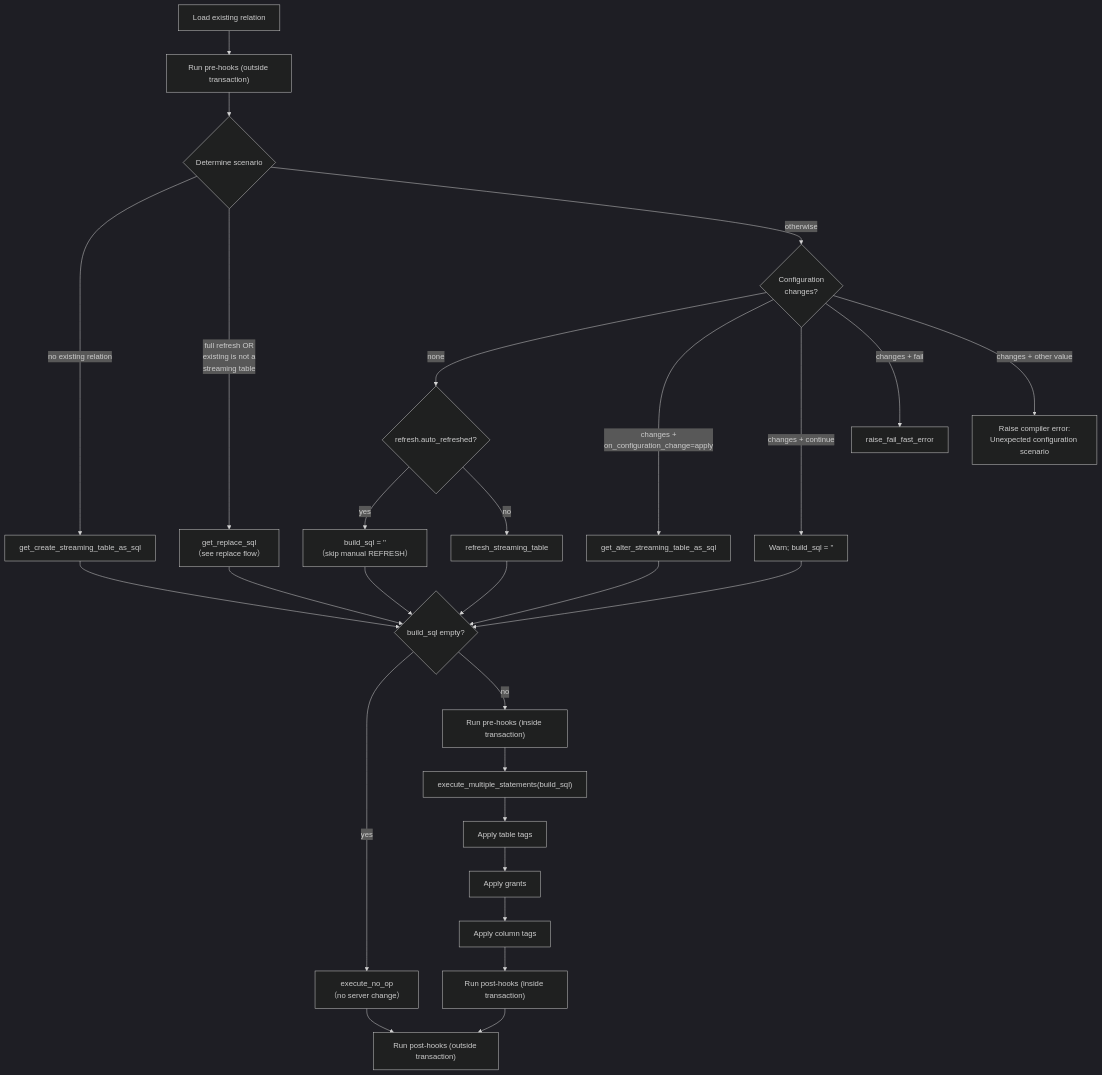
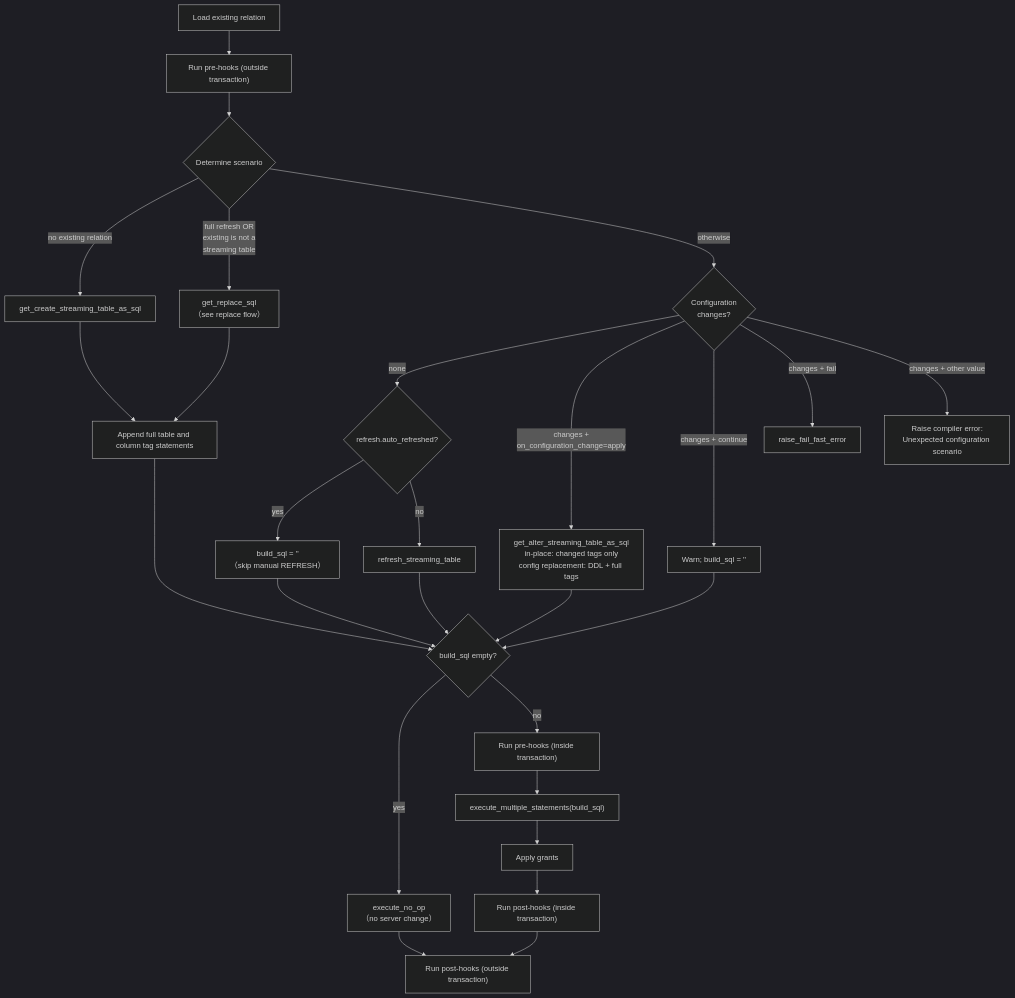
One commit to databricks/dbt-databricks changed the diagram in docs/flow/streaming_table_flow.md. Above: the diagram before and after it, drawn with Mermaid (dark theme). The commit also changed other lines of this file and 19 other files, not shown here.

First line of the commit message:
fix: reconcile tags for materialized views and streaming tables (#1686)

````diff
--- a/docs/flow/streaming_table_flow.md
+++ b/docs/flow/streaming_table_flow.md
@@ -13,35 +13,34 @@
 ```mermaid
 flowchart TD
     START[Load existing relation] --> PRE["Run pre-hooks (outside transaction)"]
     PRE --> DECIDE{Determine scenario}
 
     DECIDE -- "no existing relation" --> CREATE[get_create_streaming_table_as_sql]
     DECIDE -- "full refresh OR\nexisting is not a\nstreaming table" --> REPLACE[get_replace_sql\n（see replace flow）]
     DECIDE -- "otherwise" --> CFG{Configuration\nchanges?}
 
     CFG -- "none" --> AUTO{refresh.auto_refreshed?}
     AUTO -- yes --> NOOPSQL[build_sql = ''\n（skip manual REFRESH）]
     AUTO -- no --> REFRESH[refresh_streaming_table]
 
-    CFG -- "changes +\non_configuration_change=apply" --> ALTER[get_alter_streaming_table_as_sql]
+    CFG -- "changes +\non_configuration_change=apply" --> ALTER["get_alter_streaming_table_as_sql<br/>in-place: changed tags only<br/>config replacement: DDL + full tags"]
     CFG -- "changes + continue" --> WARN[Warn; build_sql = '']
     CFG -- "changes + fail" --> FAIL[raise_fail_fast_error]
     CFG -- "changes + other value" --> INVALID["Raise compiler error:<br/>Unexpected configuration scenario"]
 
-    CREATE --> CHECK
-    REPLACE --> CHECK
+    CREATE --> TAGS[Append full table and column tag statements]
+    REPLACE --> TAGS
+    TAGS --> CHECK
     REFRESH --> CHECK
     ALTER --> CHECK
     NOOPSQL --> CHECK
     WARN --> CHECK
     CHECK{build_sql empty?}
     CHECK -- yes --> NOOP[execute_no_op\n（no server change）]
     CHECK -- no --> INTX["Run pre-hooks (inside transaction)"]
     INTX --> EXEC["execute_multiple_statements(build_sql)"]
-    EXEC --> TAGS[Apply table tags]
-    TAGS --> GRANTS[Apply grants]
-    GRANTS --> COLTAGS[Apply column tags]
-    COLTAGS --> POSTIN["Run post-hooks (inside transaction)"]
+    EXEC --> GRANTS[Apply grants]
+    GRANTS --> POSTIN["Run post-hooks (inside transaction)"]
     NOOP --> POSTOUT
     POSTIN --> POSTOUT["Run post-hooks (outside transaction)"]
 ```
````
